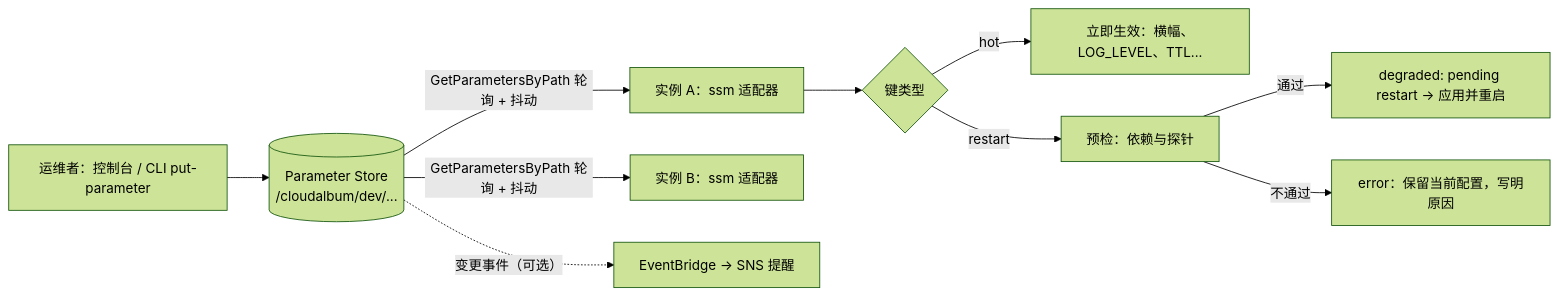
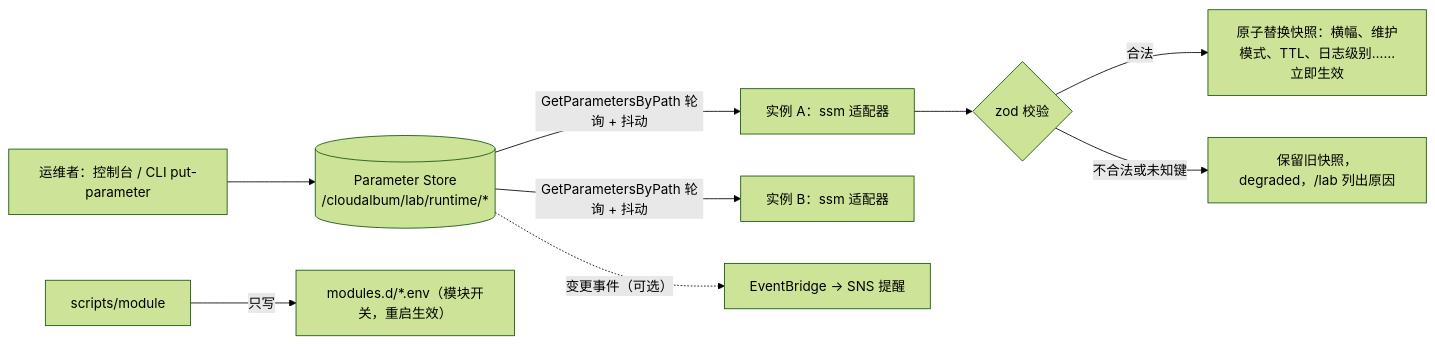
The seventh of 8 diagrams in docs/modules/02-identity-security.md (anc-repository/aws_training), drawn with Mermaid (forest theme) before and after one commit. The commit also changed other lines of this file and 12 other files, not shown here.

````diff
--- a/docs/modules/02-identity-security.md
+++ b/docs/modules/02-identity-security.md
@@ -1136,12 +1425,11 @@
 ```mermaid
 flowchart LR
-  OP[运维者：控制台 / CLI put-parameter] --> PS[(Parameter Store<br/>/cloudalbum/dev/...)]
+  OP[运维者：控制台 / CLI put-parameter] --> PS[(Parameter Store<br/>/cloudalbum/lab/runtime/*)]
   PS -- GetParametersByPath 轮询 + 抖动 --> I1[实例 A：ssm 适配器]
   PS -- GetParametersByPath 轮询 + 抖动 --> I2[实例 B：ssm 适配器]
-  I1 --> H{键类型}
-  H -- hot --> E1[立即生效：横幅、LOG_LEVEL、TTL...]
-  H -- restart --> P[预检：依赖与探针]
-  P -- 通过 --> D[degraded: pending restart → 应用并重启]
-  P -- 不通过 --> X[error：保留当前配置，写明原因]
+  I1 --> V{zod 校验}
+  V -- 合法 --> E1[原子替换快照：横幅、维护模式、TTL、日志级别……立即生效]
+  V -- 不合法或未知键 --> X[保留旧快照，degraded，/lab 列出原因]
   PS -. 变更事件（可选）.-> EB[EventBridge → SNS 提醒]
+  SM[scripts/module] -- 只写 --> MD[modules.d/*.env（模块开关，重启生效）]
 ```
````
